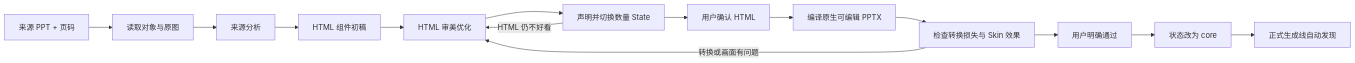
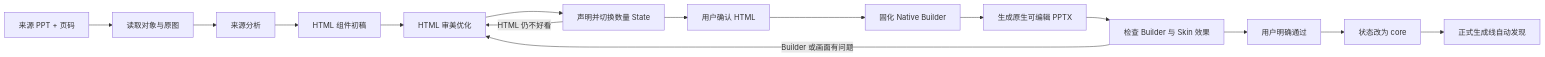
Before and after one commit to NEUwpy/PPagenT: the diagram in docs/工作流/资产积累与入库/工作流.md, drawn with Mermaid. The commit also changed other lines of this file and 23 other files, not shown here.

````diff
--- a/docs/工作流/资产积累与入库/工作流.md
+++ b/docs/工作流/资产积累与入库/工作流.md
@@ -36,16 +36,17 @@
 ```mermaid
 flowchart LR
     A["来源 PPT + 页码"] --> B["读取对象与原图"]
     B --> C["来源分析"]
     C --> D["HTML 组件初稿"]
     D --> E["HTML 审美优化"]
     E --> F["声明并切换数量 State"]
     F -->|HTML 仍不好看| E
     F --> G["用户确认 HTML"]
-    G --> H["编译原生可编辑 PPTX"]
-    H --> I["检查转换损失与 Skin 效果"]
-    I -->|转换或画面有问题| E
-    I --> J["用户明确通过"]
+    G --> H["固化 Native Builder"]
+    H --> I["生成原生可编辑 PPTX"]
+    I --> M["检查 Builder 与 Skin 效果"]
+    M -->|Builder 或画面有问题| E
+    M --> J["用户明确通过"]
     J --> K["状态改为 core"]
     K --> L["正式生成线自动发现"]
 ```
````
